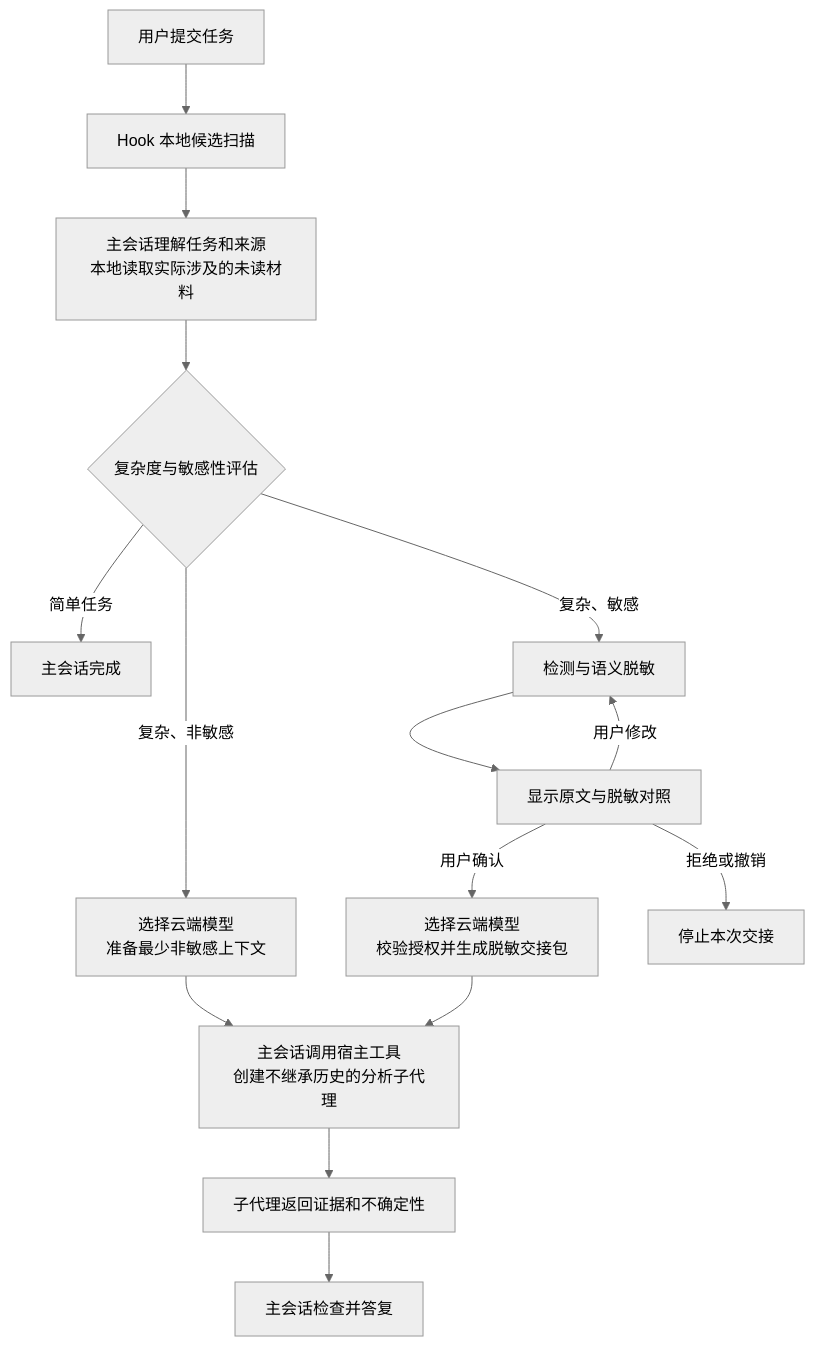
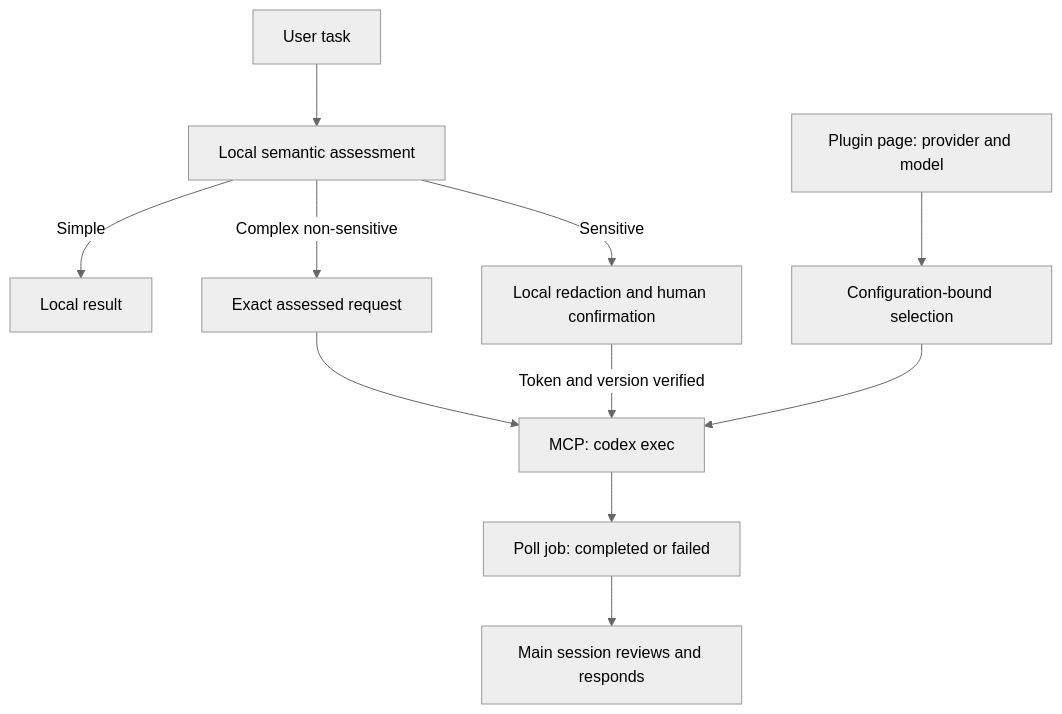
Before and after one commit to XHToken/codex-XCoSpan: the diagram in docs/zh-CN/architecture.md, drawn with Mermaid (neutral theme). The commit also changed other lines of this file and 43 other files, not shown here.

Commit message:
Add MCP-managed cloud execution and persistent model settings

````diff
--- a/docs/zh-CN/architecture.md
+++ b/docs/zh-CN/architecture.md
@@ -28,17 +31,13 @@
 ```mermaid
 flowchart TD
-    U[用户提交任务] --> H[Hook 本地候选扫描]
-    H --> M["主会话理解任务和来源<br/>本地读取实际涉及的未读材料"]
-    M --> R{复杂度与敏感性评估}
-    R -->|简单任务| L[主会话完成]
-    R -->|复杂、非敏感| N["选择云端模型<br/>准备最少非敏感上下文"]
-    R -->|复杂、敏感| D[检测与语义脱敏]
-    D --> V[显示原文与脱敏对照]
-    V -->|用户修改| D
-    V -->|用户确认| A["选择云端模型<br/>校验授权并生成脱敏交接包"]
-    V -->|拒绝或撤销| S[停止本次交接]
-    N --> C["主会话调用宿主工具<br/>创建不继承历史的分析子代理"]
-    A --> C
-    C --> F[子代理返回证据和不确定性]
-    F --> E[主会话检查并答复]
+    U[User task] --> R[Local semantic assessment]
+    R -->|Simple| L[Local result]
+    R -->|Complex non-sensitive| P[Exact assessed request]
+    R -->|Sensitive| D[Local redaction and human confirmation]
+    S[Plugin page: provider and model] --> C[Configuration-bound selection]
+    P --> E[MCP: codex exec]
+    D -->|Token and version verified| E
+    C --> E
+    E --> J[Poll job: completed or failed]
+    J --> F[Main session reviews and responds]
 ```
````
